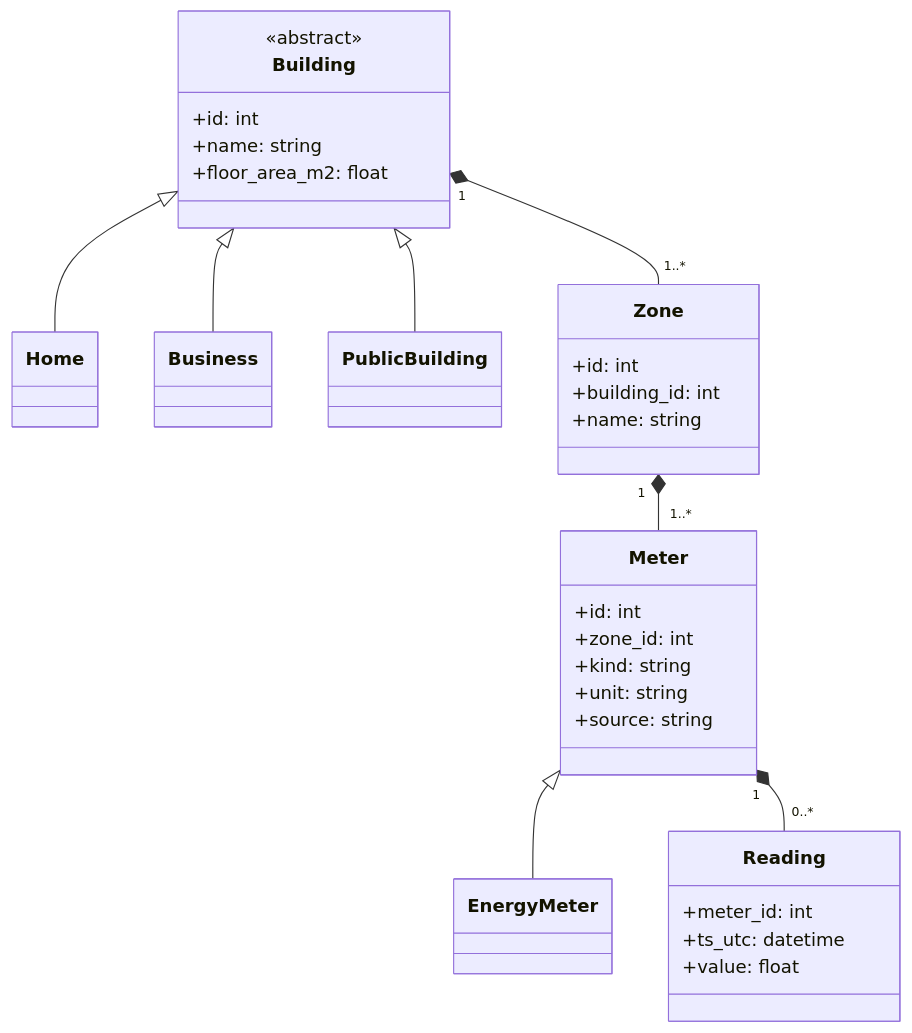
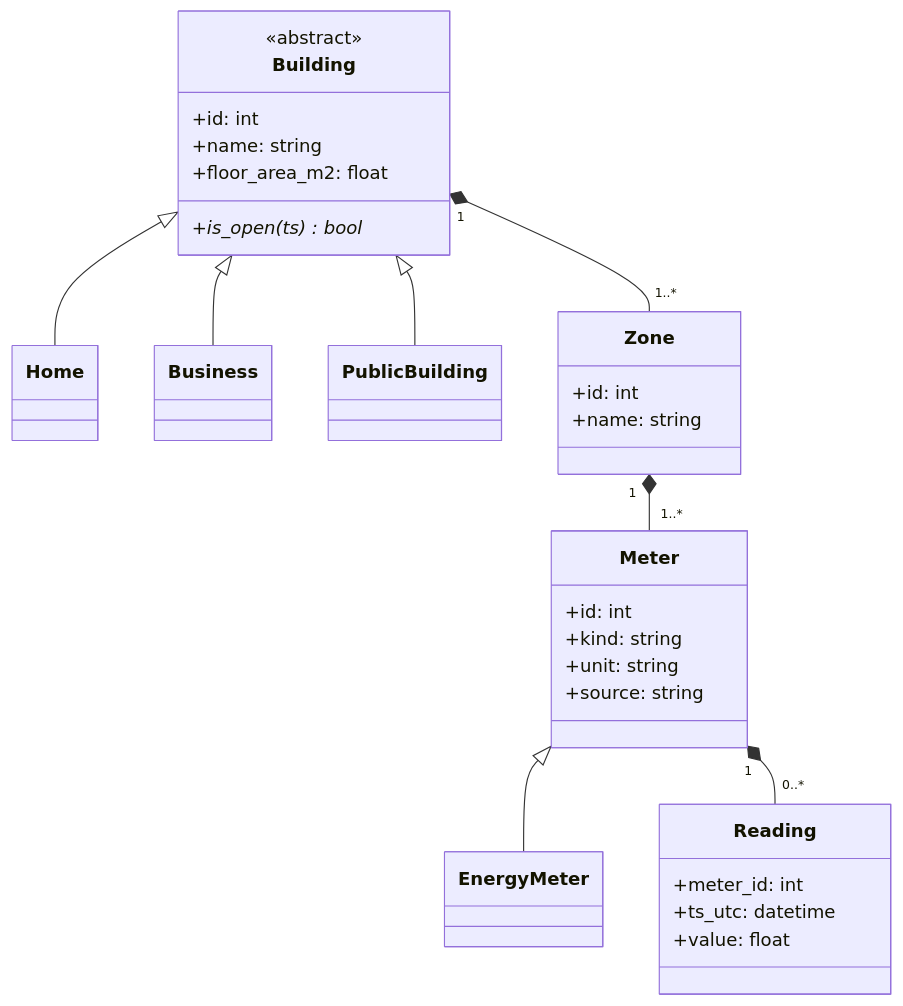
Before and after one commit to shre-afk/Capstone_project: the second of 3 diagrams in README.md, drawn with Mermaid. The commit also changed other lines of this file, not shown here.

````diff
--- a/README.md
+++ b/README.md
@@ -93,46 +317,37 @@
 ```mermaid
 classDiagram
     direction TB
-
     class Building {
         <<abstract>>
         +id: int
         +name: string
         +floor_area_m2: float
+        +is_open(ts) bool*
     }
-
     class Home
     class Business
     class PublicBuilding
-
     class Zone {
         +id: int
-        +building_id: int
         +name: string
     }
-
     class Meter {
         +id: int
-        +zone_id: int
         +kind: string
         +unit: string
         +source: string
     }
-
     class EnergyMeter
-
     class Reading {
         +meter_id: int
         +ts_utc: datetime
         +value: float
     }
-
     Building <|-- Home
     Building <|-- Business
     Building <|-- PublicBuilding
-
     Building "1" *-- "1..*" Zone
     Zone "1" *-- "1..*" Meter
     Meter <|-- EnergyMeter
     Meter "1" *-- "0..*" Reading
 ```
````
